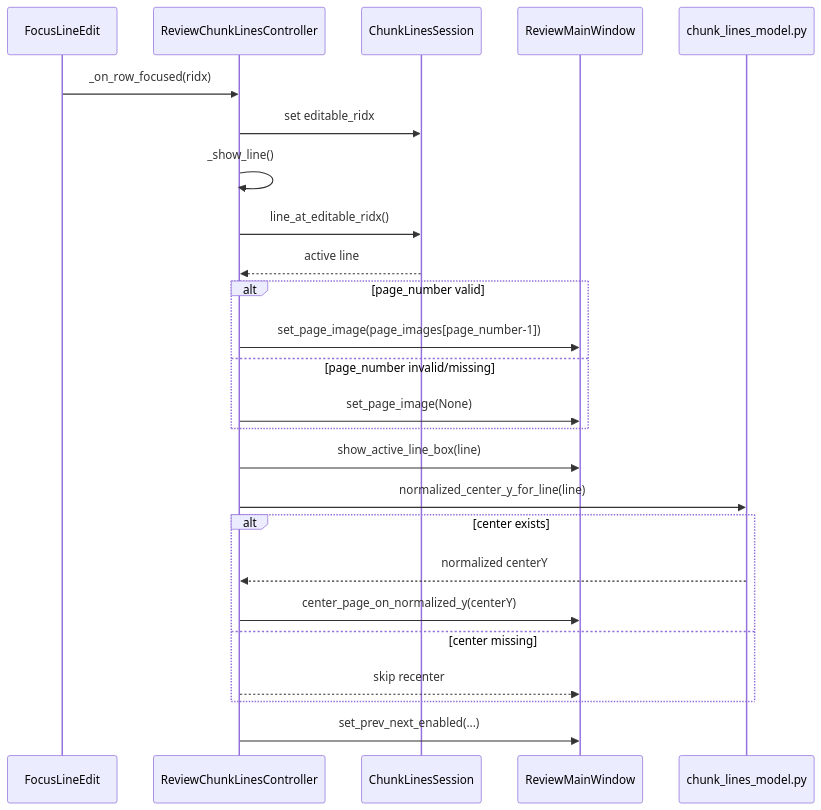
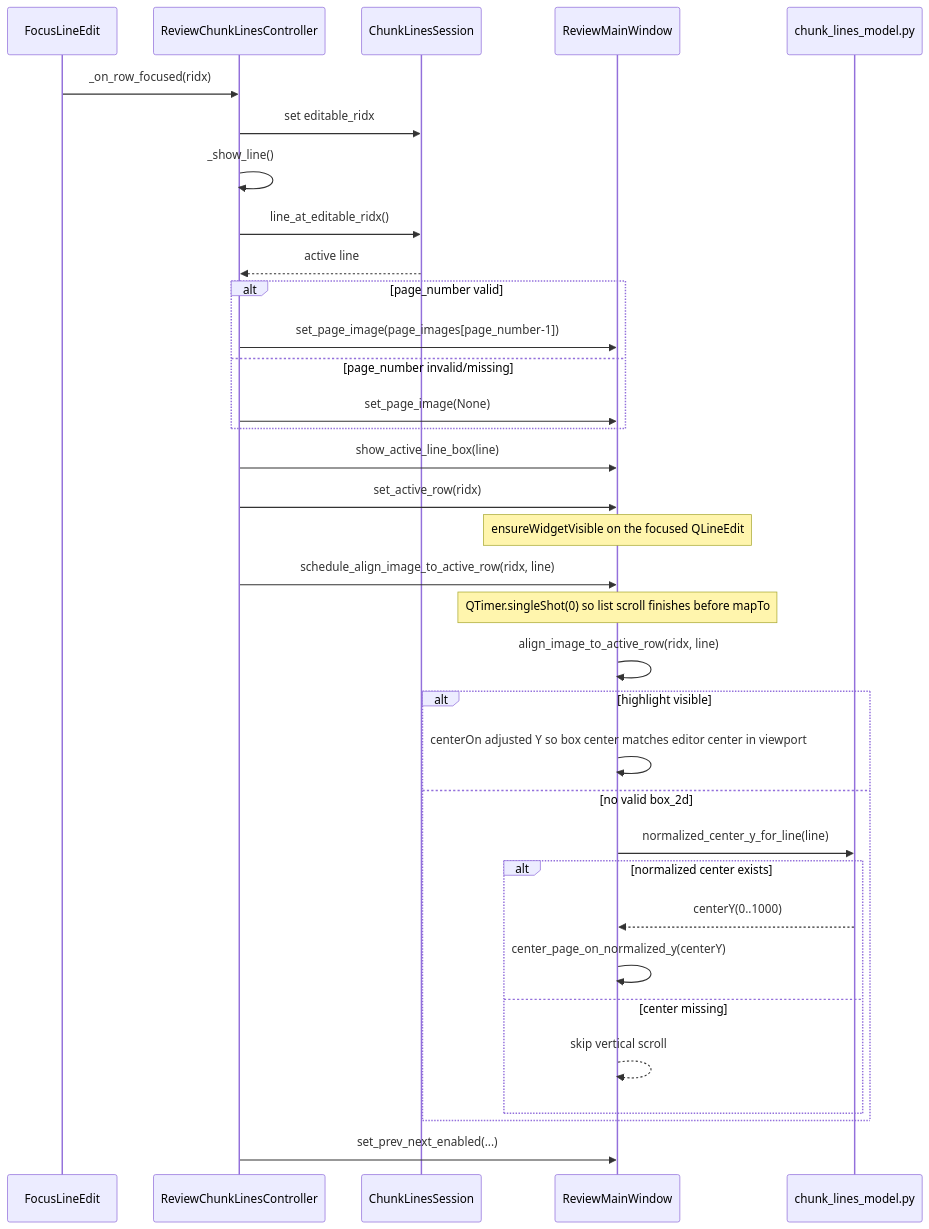
One commit to New-Christian-Bible-Study/doc-digitizer-ai changed the second of 2 diagrams in prompt-based/docs/code/review-line-syncing.md. Above: the diagram before and after it, drawn with Mermaid. The commit also changed other lines of this file and 2 other files, not shown here.

First line of the commit message:
Refine review line sync alignment and fallback flow

````diff
--- a/prompt-based/docs/code/review-line-syncing.md
+++ b/prompt-based/docs/code/review-line-syncing.md
@@ -47,31 +47,40 @@
 ```mermaid
 sequenceDiagram
     participant editor as FocusLineEdit
     participant controller as ReviewChunkLinesController
     participant session as ChunkLinesSession
     participant view as ReviewMainWindow
     participant geometry as chunk_lines_model.py
 
     editor->>controller: _on_row_focused(ridx)
     controller->>session: set editable_ridx
     controller->>controller: _show_line()
     controller->>session: line_at_editable_ridx()
     session-->>controller: active line
 
     alt page_number valid
         controller->>view: set_page_image(page_images[page_number-1])
     else page_number invalid/missing
         controller->>view: set_page_image(None)
     end
 
     controller->>view: show_active_line_box(line)
-    controller->>geometry: normalized_center_y_for_line(line)
-    alt center exists
-        geometry-->>controller: normalized centerY
-        controller->>view: center_page_on_normalized_y(centerY)
-    else center missing
-        controller-->>view: skip recenter
+    controller->>view: set_active_row(ridx)
+    Note over view: ensureWidgetVisible on the focused QLineEdit
+    controller->>view: schedule_align_image_to_active_row(ridx, line)
+    Note over view: QTimer.singleShot(0) so list scroll finishes before mapTo
+    view->>view: align_image_to_active_row(ridx, line)
+    alt highlight visible
+        view->>view: centerOn adjusted Y so box center matches editor center in viewport
+    else no valid box_2d
+        view->>geometry: normalized_center_y_for_line(line)
+        alt normalized center exists
+            geometry-->>view: centerY(0..1000)
+            view->>view: center_page_on_normalized_y(centerY)
+        else center missing
+            view-->>view: skip vertical scroll
+        end
     end
 
     controller->>view: set_prev_next_enabled(...)
 ```
````
